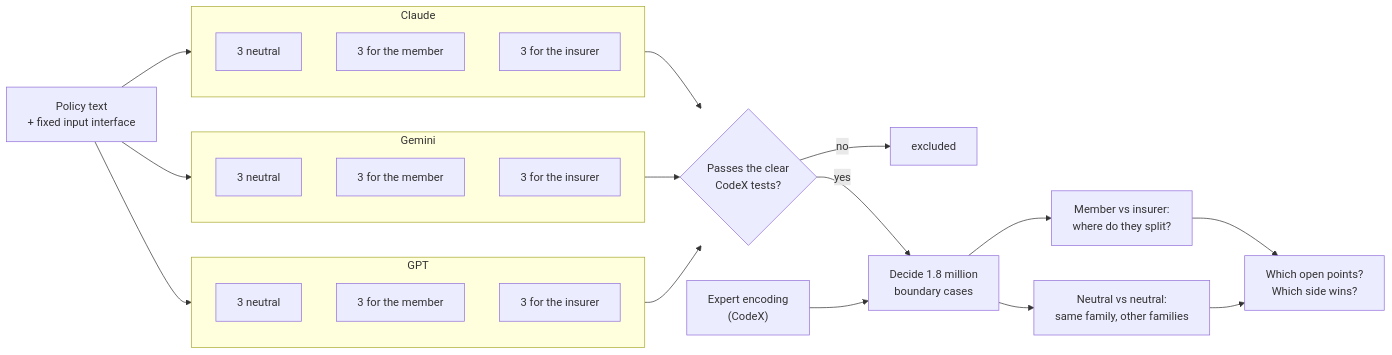
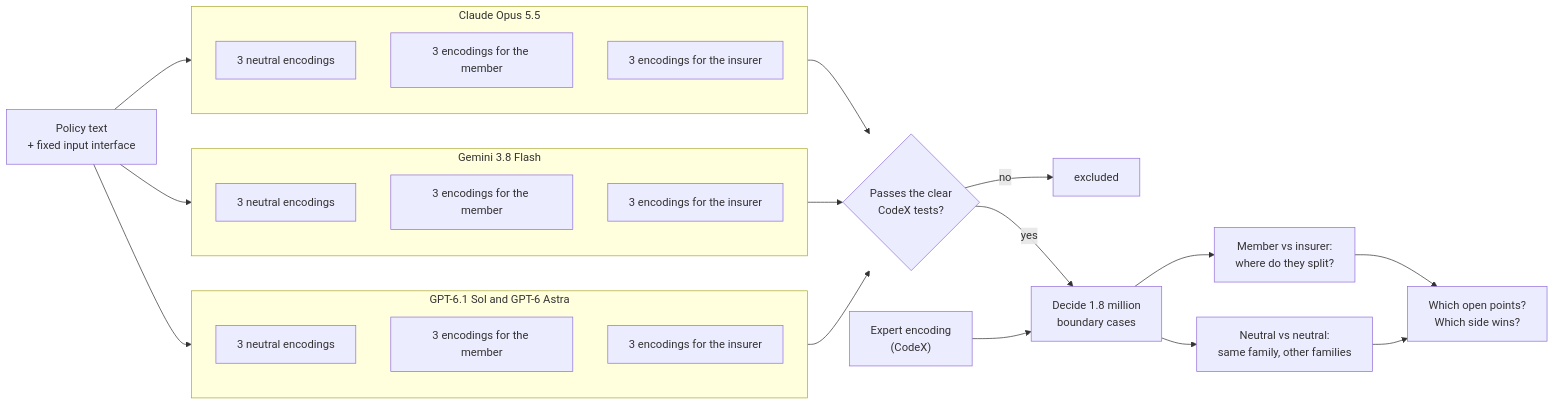
One commit to mert-ayv/what-disagreement-cannot-see-pilot changed the diagram in README.md. Above: the diagram before and after it, drawn with Mermaid.

Commit message:
README diagram: label boxes as encodings, name the models

````diff
--- a/README.md
+++ b/README.md
@@ -37,31 +37,31 @@
 ```mermaid
 flowchart LR
     T["Policy text<br/>+ fixed input interface"]
-    subgraph C["Claude"]
+    subgraph C["Claude Opus 5.5"]
         direction TB
-        C1["3 neutral"]
-        C2["3 for the member"]
-        C3["3 for the insurer"]
+        C1["3 neutral encodings"]
+        C2["3 encodings for the member"]
+        C3["3 encodings for the insurer"]
     end
-    subgraph G["Gemini"]
+    subgraph G["Gemini 3.8 Flash"]
         direction TB
-        G1["3 neutral"]
-        G2["3 for the member"]
-        G3["3 for the insurer"]
+        G1["3 neutral encodings"]
+        G2["3 encodings for the member"]
+        G3["3 encodings for the insurer"]
     end
-    subgraph O["GPT"]
+    subgraph O["GPT-6.1 Sol and GPT-6 Astra"]
         direction TB
-        O1["3 neutral"]
-        O2["3 for the member"]
-        O3["3 for the insurer"]
+        O1["3 neutral encodings"]
+        O2["3 encodings for the member"]
+        O3["3 encodings for the insurer"]
     end
     T --> C & G & O
     C & G & O --> A{"Passes the clear<br/>CodeX tests?"}
     A -- "no" --> X["excluded"]
     A -- "yes" --> R["Decide 1.8 million<br/>boundary cases"]
     E["Expert encoding<br/>(CodeX)"] --> R
     R --> M1["Member vs insurer:<br/>where do they split?"]
     R --> M2["Neutral vs neutral:<br/>same family, other families"]
     M1 --> P["Which open points?<br/>Which side wins?"]
     M2 --> P
 ```
````
